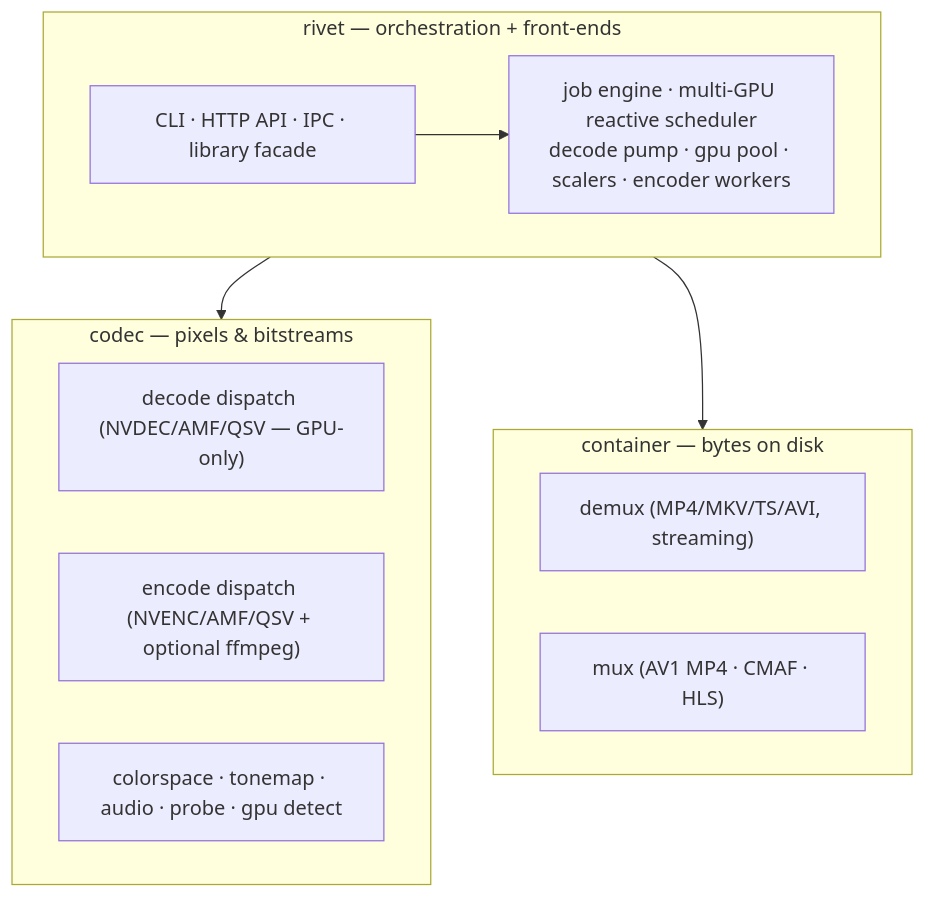
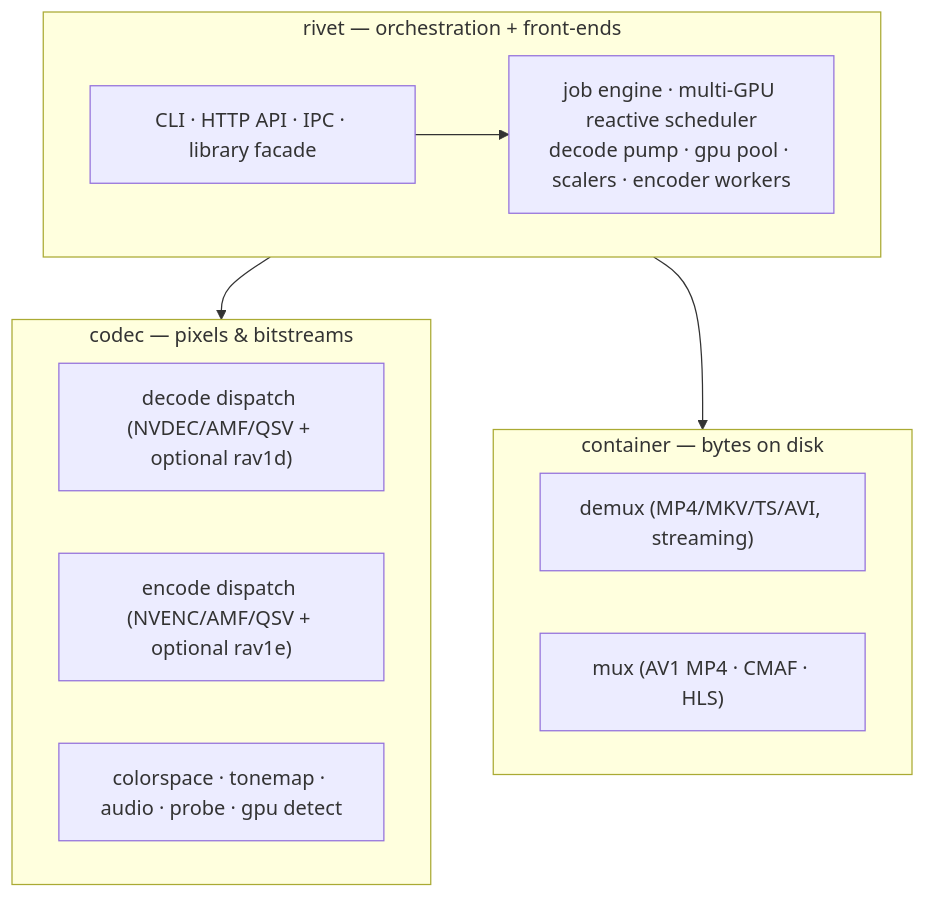
Before and after one commit to rivet-transcoder/rivet: the first of 3 diagrams in docs/architecture.md, drawn with Mermaid. The commit also changed other lines of this file and 33 other files, not shown here.

````diff
--- a/docs/architecture.md
+++ b/docs/architecture.md
@@ -42,19 +43,19 @@
 ```mermaid
 flowchart TD
     subgraph rivet["rivet — orchestration + front-ends"]
         FE["CLI · HTTP API · IPC · library facade"]
         ENG["job engine · multi-GPU reactive scheduler<br/>decode pump · gpu pool · scalers · encoder workers"]
         FE --> ENG
     end
     rivet --> codec
     rivet --> container
     subgraph codec["codec — pixels & bitstreams"]
-        DEC["decode dispatch (NVDEC/AMF/QSV — GPU-only)"]
-        ENC["encode dispatch (NVENC/AMF/QSV + optional ffmpeg)"]
+        DEC["decode dispatch (NVDEC/AMF/QSV + optional rav1d)"]
+        ENC["encode dispatch (NVENC/AMF/QSV + optional rav1e)"]
         CLR["colorspace · tonemap · audio · probe · gpu detect"]
     end
     subgraph container["container — bytes on disk"]
         DMX["demux (MP4/MKV/TS/AVI, streaming)"]
         MUX["mux (AV1 MP4 · CMAF · HLS)"]
     end
 ```
````
